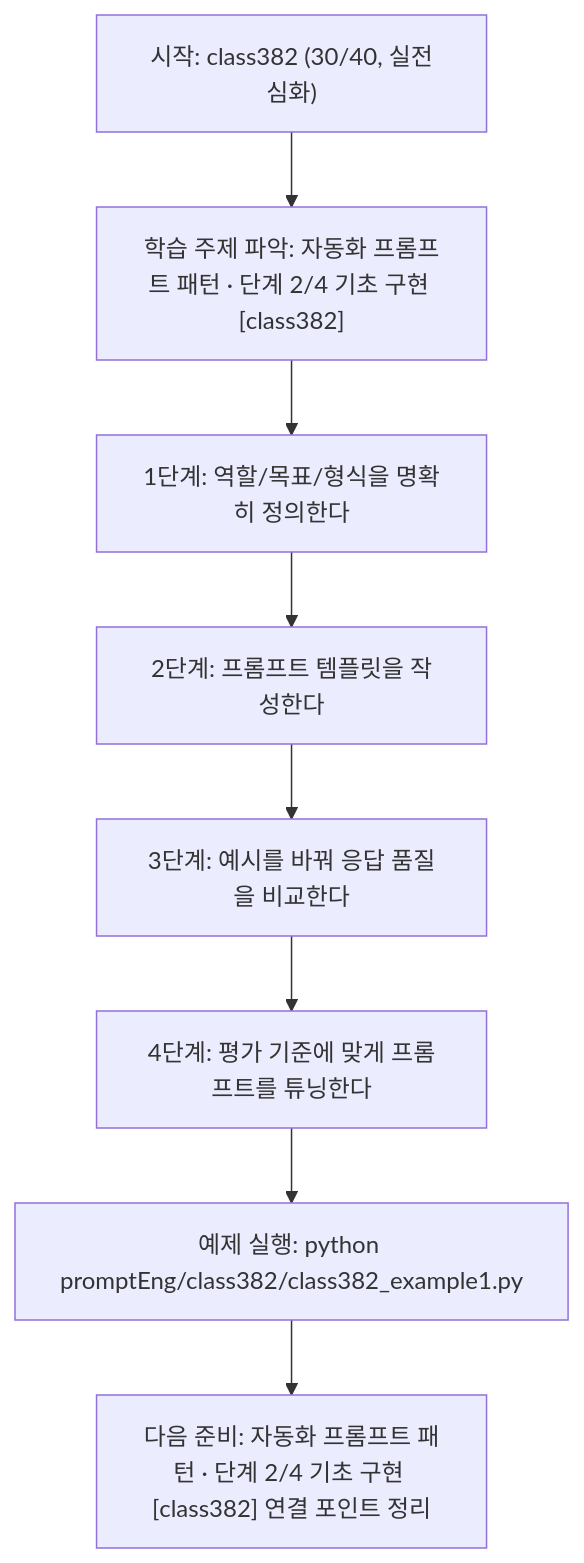
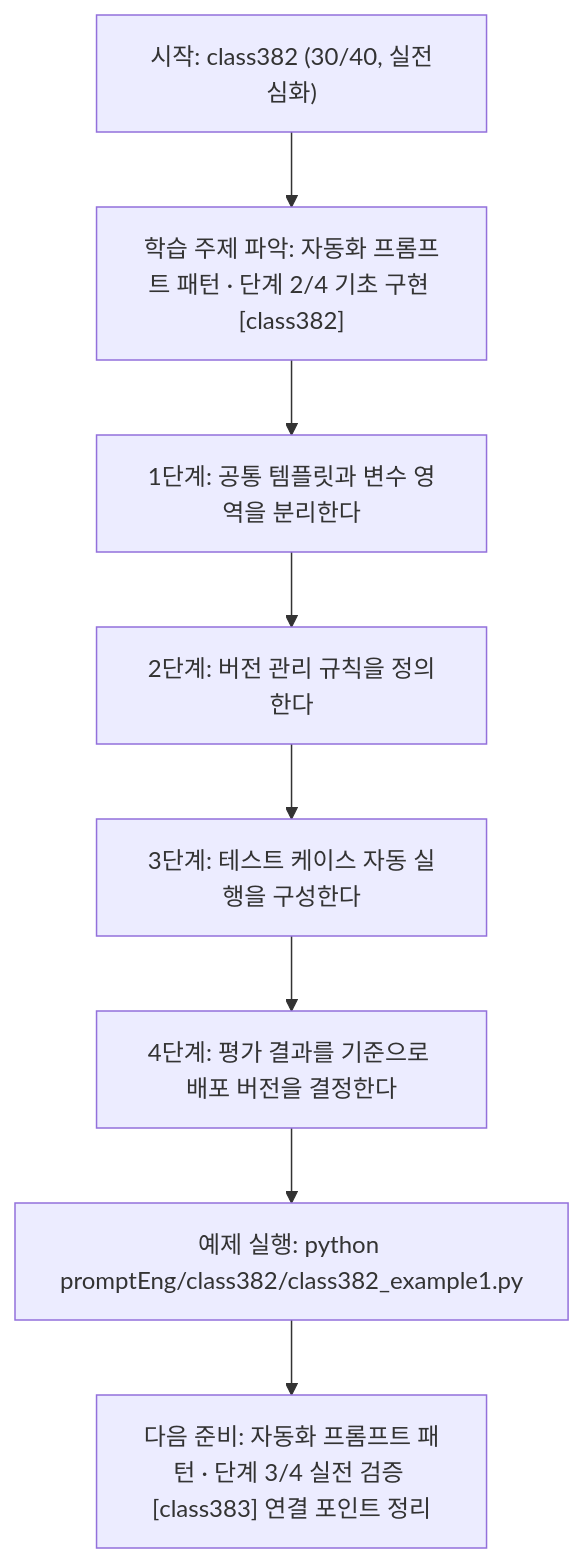
One commit to edumgt/Python-AI_Agent-Class changed the diagram in promptEng/class382/class382.md. Above: the diagram before and after it, drawn with Mermaid. The commit also changed other lines of this file and 283 other files, not shown here.

````diff
--- a/promptEng/class382/class382.md
+++ b/promptEng/class382/class382.md
@@ -110,18 +91,18 @@
 ```mermaid
 flowchart TD
 N1["시작: class382 (30/40, 실전심화)"]
 N2["학습 주제 파악: 자동화 프롬프트 패턴 · 단계 2/4 기초 구현 [class382]"]
-N3["1단계: 역할/목표/형식을 명확히 정의한다"]
-N4["2단계: 프롬프트 템플릿을 작성한다"]
-N5["3단계: 예시를 바꿔 응답 품질을 비교한다"]
-N6["4단계: 평가 기준에 맞게 프롬프트를 튜닝한다"]
+N3["1단계: 공통 템플릿과 변수 영역을 분리한다"]
+N4["2단계: 버전 관리 규칙을 정의한다"]
+N5["3단계: 테스트 케이스 자동 실행을 구성한다"]
+N6["4단계: 평가 결과를 기준으로 배포 버전을 결정한다"]
 N7["예제 실행: python promptEng/class382/class382_example1.py"]
-N8["다음 준비: 자동화 프롬프트 패턴 · 단계 2/4 기초 구현 [class382] 연결 포인트 정리"]
+N8["다음 준비: 자동화 프롬프트 패턴 · 단계 3/4 실전 검증 [class383] 연결 포인트 정리"]
 N1 --> N2
 N2 --> N3
 N3 --> N4
 N4 --> N5
 N5 --> N6
 N6 --> N7
 N7 --> N8
 ```
````
